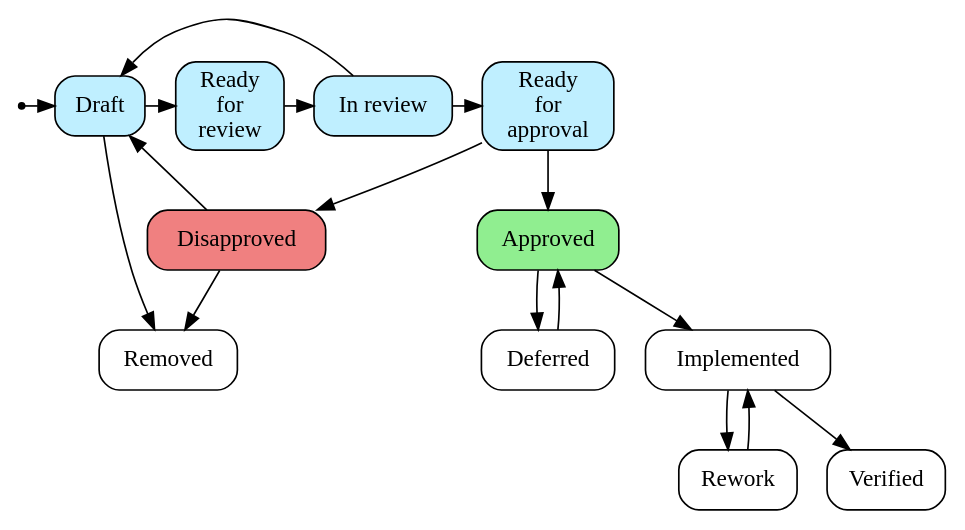
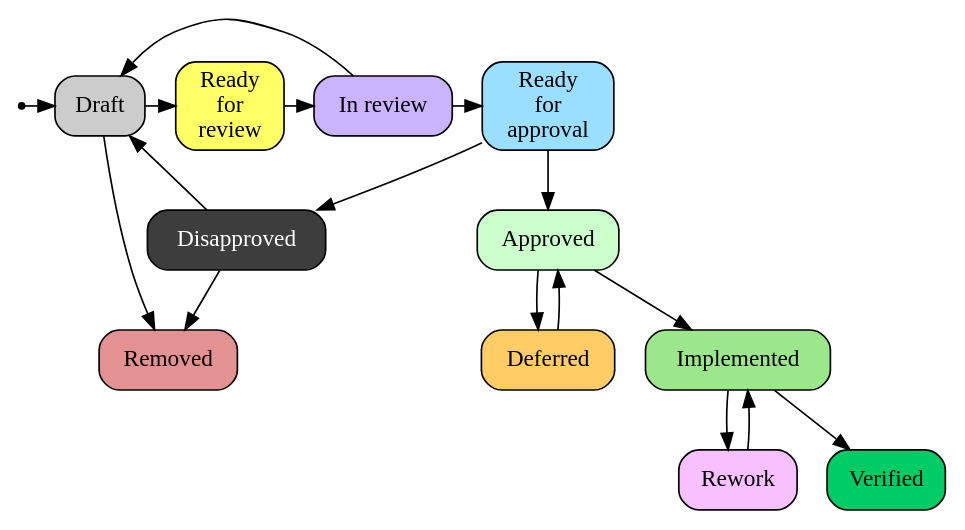
Before and after one commit to Framework-R-D/phlex-design: the diagram in requirements-statemachine.gv, drawn with Graphviz.

Commit message:
Make colors consistent with Jama

```diff
--- a/requirements-statemachine.gv
+++ b/requirements-statemachine.gv
@@ -1,34 +1,34 @@
 digraph finite_state_machine {
   node [shape=point,label=""] ENTRY;
 
   // This line defines a new node style.
   node [shape=box, style=rounded];
 
-  draft [label="Draft", style="filled,rounded", fillcolor=lightblue1];
-  rfr [label="Ready\nfor\nreview", style="filled,rounded", fillcolor=lightblue1];
-  review [label="In review", style="filled,rounded", fillcolor=lightblue1];
-  rfa [label="Ready\nfor\napproval", style="filled,rounded", fillcolor=lightblue1];
-  approved [label="Approved", style="filled,rounded", fillcolor=lightgreen];
-  disapproved [label="Disapproved", style="filled,rounded", fillcolor=lightcoral];
-  deferred [label="Deferred"];
-  removed [label="Removed"];
-  rework [label="Rework"];
-  implemented [label="Implemented"];
-  verified [label="Verified"];
+  draft [label="Draft", style="filled,rounded", fillcolor="#cccccc"];
+  rfr [label="Ready\nfor\nreview", style="filled,rounded", fillcolor="#ffff66"];
+  review [label="In review", style="filled,rounded", fillcolor="#cab4ff"];
+  rfa [label="Ready\nfor\napproval", style="filled,rounded", fillcolor="#9bdfff"];
+  approved [label="Approved", style="filled,rounded", fillcolor="#ccffcc"];
+  disapproved [label="Disapproved", fontcolor=white, style="filled,rounded", fillcolor="#3d3d3d"];
+  deferred [label="Deferred", style="filled,rounded", fillcolor="#ffcc66"];
+  removed [label="Removed", style="filled,rounded", fillcolor="#e39191"];
+  rework [label="Rework", style="filled,rounded", fillcolor="#f7c0ff"];
+  implemented [label="Implemented", style="filled,rounded", fillcolor="#9ce78c"];
+  verified [label="Verified", style="filled,rounded", fillcolor="#00cc66"];
 
   // Below are all of the definition of the edges that connect the nodes
 
   { rank="same"; ENTRY->draft->rfr->review->rfa; }
   review->draft;
   rfa->approved;
   rfa->disapproved;
   disapproved->draft;
   approved->deferred;
   deferred->approved;
   approved->implemented;
   implemented->verified;
   implemented->rework;
   rework->implemented;
   draft->removed;
   disapproved->removed;
 }
```
